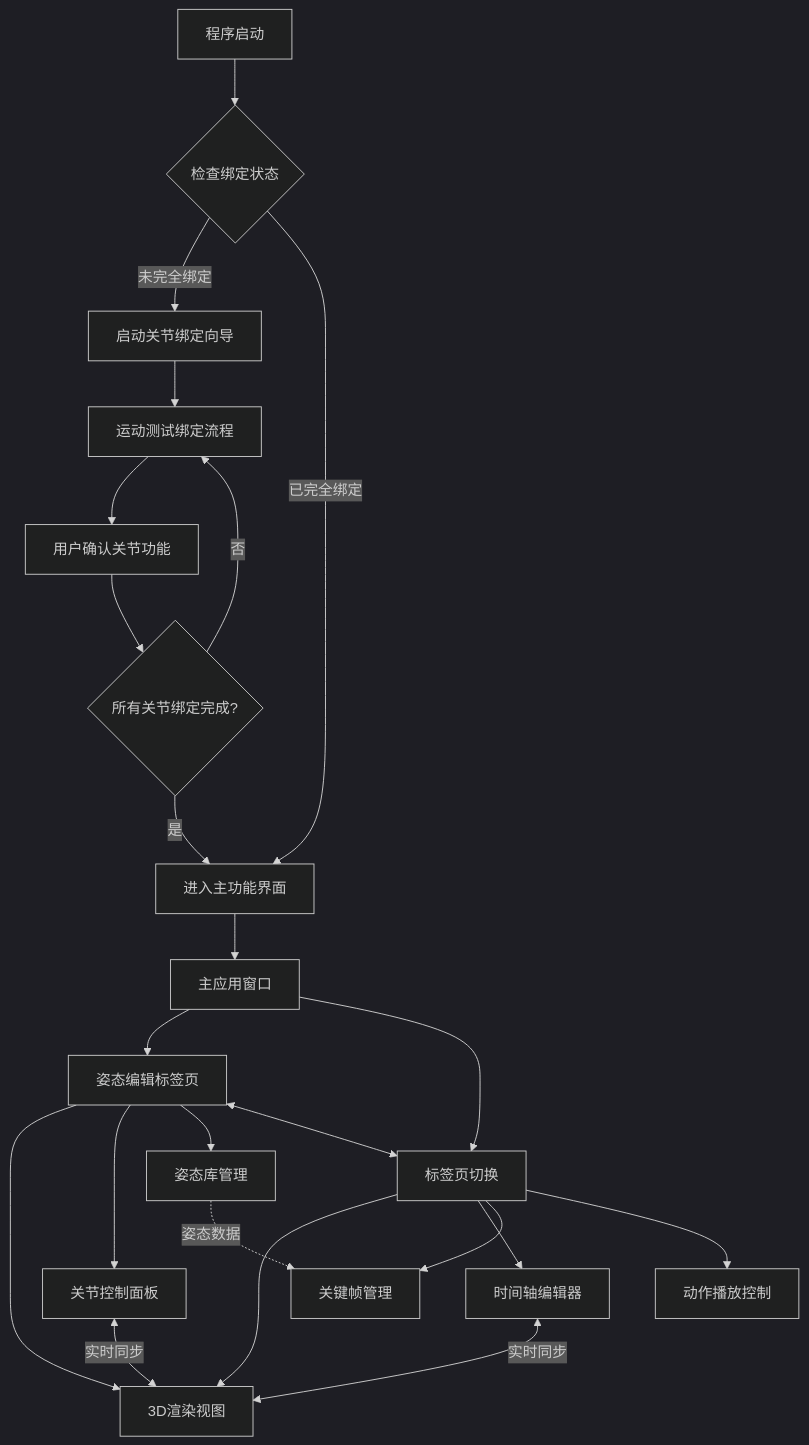
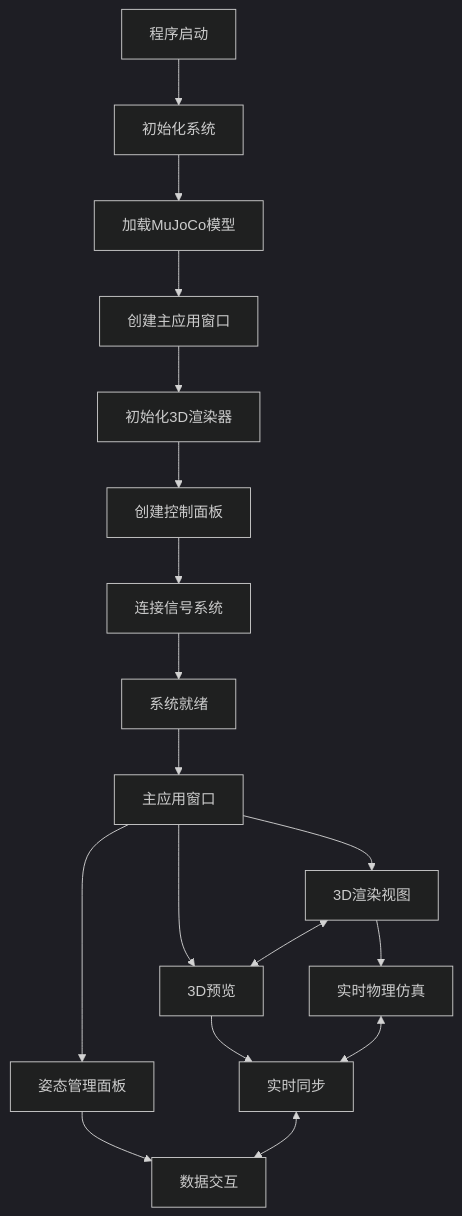
The third of 8 diagrams in ODogExample/docs/README.md (TeamMaoLab/F3DMaojoco), drawn with Mermaid (dark theme) before and after one commit. The commit also changed other lines of this file, not shown here.

Commit message:
移除了所有与"运动测试绑定流程"相关的内容

````diff
--- a/ODogExample/docs/README.md
+++ b/ODogExample/docs/README.md
@@ -432,30 +432,23 @@
 ```mermaid
 graph TD
-    A[程序启动] --> B{检查绑定状态}
-    B -->|未完全绑定| C[启动关节绑定向导]
-    B -->|已完全绑定| D[进入主功能界面]
+    A[程序启动] --> B[初始化系统]
+    B --> C[加载MuJoCo模型]
+    C --> D[创建主应用窗口]
+    D --> E[初始化3D渲染器]
+    E --> F[创建控制面板]
+    F --> G[连接信号系统]
+    G --> H[系统就绪]
     
-    C --> E[运动测试绑定流程]
-    E --> F[用户确认关节功能]
-    F --> G{所有关节绑定完成?}
-    G -->|否| E
-    G -->|是| D
+    H --> I[主应用窗口]
+    I --> J[3D渲染视图]
+    I --> K[关节控制面板]
+    I --> L[姿态管理面板]
     
-    D --> H[主应用窗口]
-    H --> I[姿态编辑标签页]
-    H --> J[动作编辑标签页]
+    J --> M[实时物理仿真]
+    K --> N[8自由度控制]
+    L --> O[姿态库操作]
     
-    I --> K[3D渲染视图]
-    I --> L[关节控制面板]
-    I --> M[姿态库管理]
-    
-    J --> K
-    J --> N[时间轴编辑器]
-    J --> O[关键帧管理]
-    J --> P[动作播放控制]
-    
-    I <--> J[标签页切换]
-    M -.->|姿态数据| O
-    L <-->|实时同步| K
-    N <-->|实时同步| K
+    M <--> N[实时同步]
+    N <--> O[数据交互]
+    J <--> K[3D预览]
 ```
````
